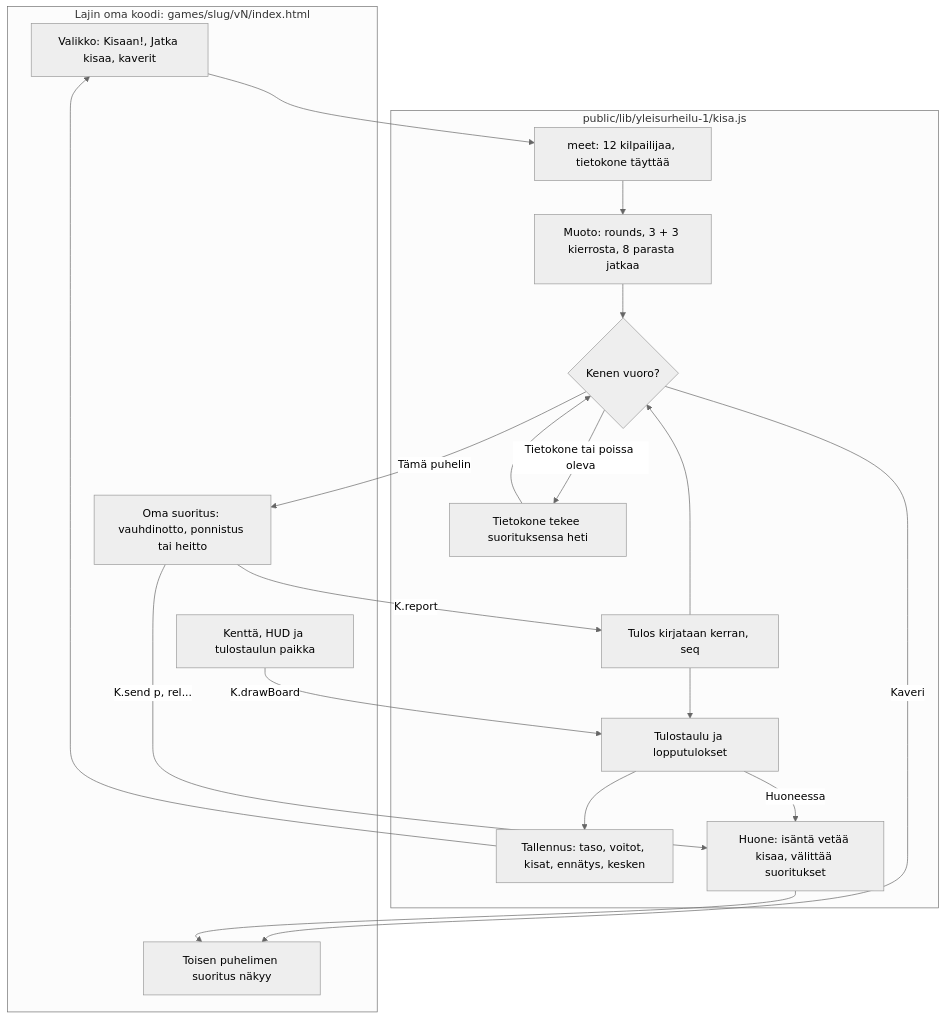
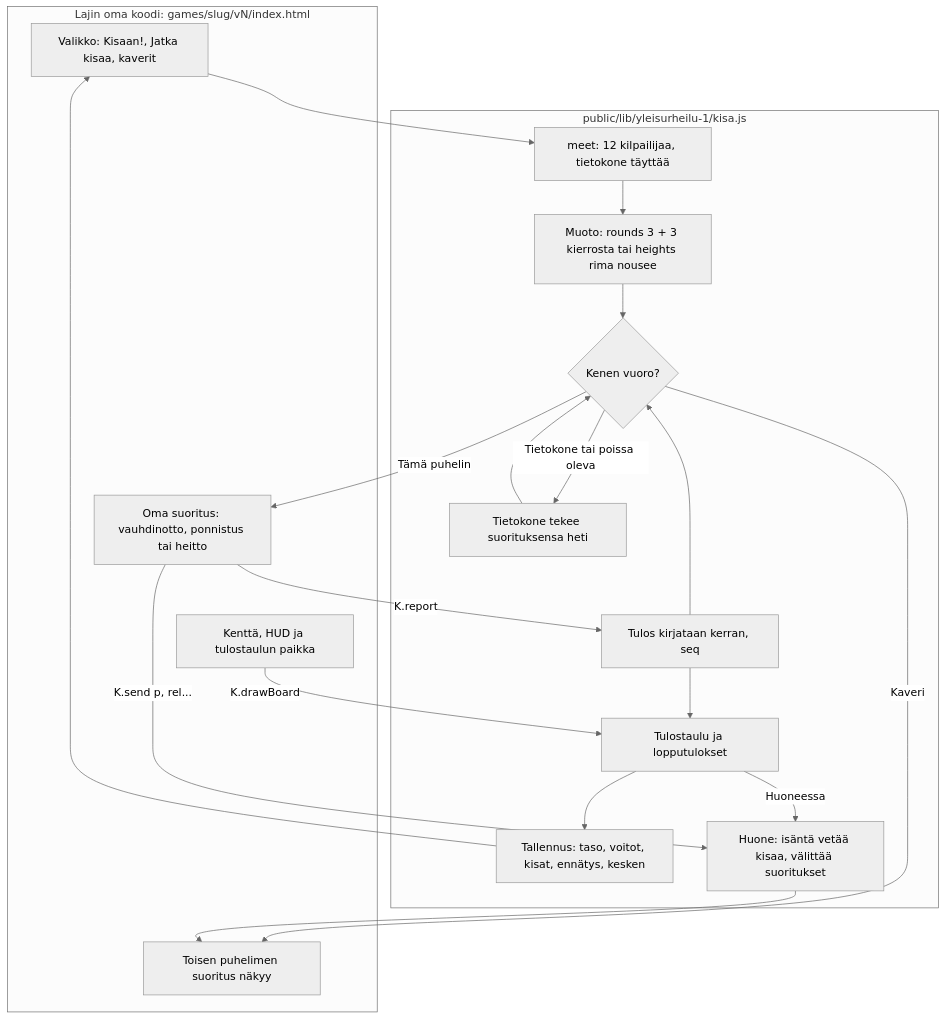
One commit to eerovil/ai-pelit changed the diagram in docs/diagrams/yleisurheilu-kirjasto.md. Above: the diagram before and after it, drawn with Mermaid (neutral theme). The commit also changed other lines of this file and 7 other files, not shown here.

````diff
--- a/docs/diagrams/yleisurheilu-kirjasto.md
+++ b/docs/diagrams/yleisurheilu-kirjasto.md
@@ -9,35 +9,35 @@
 ```mermaid
 flowchart TD
   subgraph Peli[Lajin oma koodi: games/slug/vN/index.html]
     G1[Valikko: Kisaan!, Jatka kisaa, kaverit]
     G2[Oma suoritus: vauhdinotto, ponnistus tai heitto]
     G3[Toisen puhelimen suoritus näkyy]
     G4[Kenttä, HUD ja tulostaulun paikka]
   end
   subgraph Kirjasto[public/lib/yleisurheilu-1/kisa.js]
     K1[meet: 12 kilpailijaa, tietokone täyttää]
-    K2[Muoto: rounds, 3 + 3 kierrosta, 8 parasta jatkaa]
+    K2[Muoto: rounds 3 + 3 kierrosta tai heights rima nousee]
     K3{Kenen vuoro?}
     K4[Tietokone tekee suorituksensa heti]
     K5[Tulos kirjataan kerran, seq]
     K6[Tulostaulu ja lopputulokset]
     K7[Tallennus: taso, voitot, kisat, ennätys, kesken]
     K8[Huone: isäntä vetää kisaa, välittää suoritukset]
   end
   G1 --> K1 --> K2 --> K3
   K3 -- Tietokone tai poissa oleva --> K4 --> K3
   K3 -- Tämä puhelin --> G2
   K3 -- Kaveri --> G3
   G2 -- K.report --> K5
   G2 -- K.send p, rel... --> K8 --> G3
   K5 --> K3
   K5 --> K6
   K6 --> K7 --> G1
   K6 -- Huoneessa --> K8
   G4 -- K.drawBoard --> K6
   class G1,G2,G4 blue
   class G3,K8 violet
   class K3 amber
   class K1,K2,K4,K5 teal
   class K6,K7 green
 ```
````
